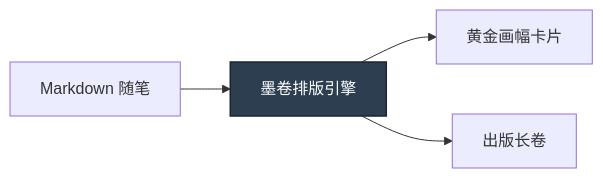
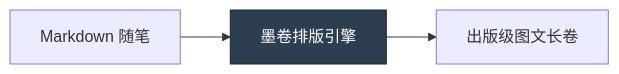
The diagram in docs/hero-showcase.md (iroha3/inkroll), drawn with Mermaid before and after one commit. The commit also changed other lines of this file, not shown here.

````diff
--- a/docs/hero-showcase.md
+++ b/docs/hero-showcase.md
@@ -15,7 +5,6 @@
 ```mermaid
 graph LR
   MD[Markdown 随笔] --> Core[墨卷排版引擎]
-  Core --> Card[黄金画幅卡片]
-  Core --> Roll[出版长卷]
-  style Core fill:#2c3e50,stroke:#1a252f,stroke-width:1.5px,color:#fff
+  Core --> Card[出版级图文长卷]
+  style Core fill:#2c3e50,stroke:#1a252f,color:#fff
 ```
````
